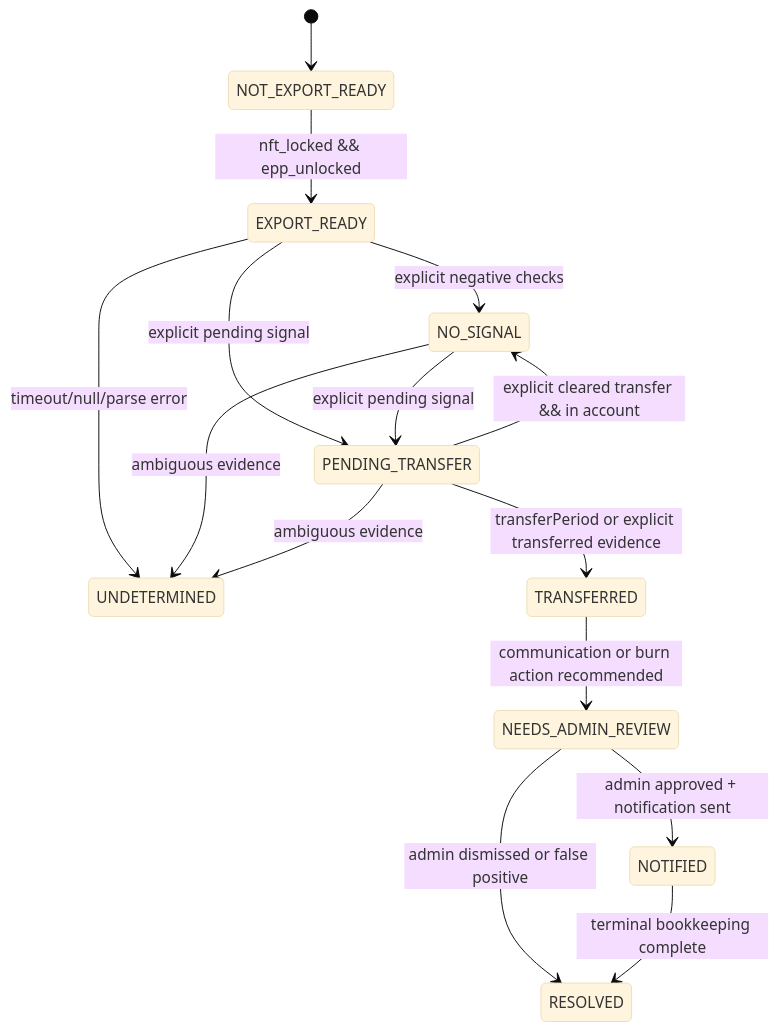
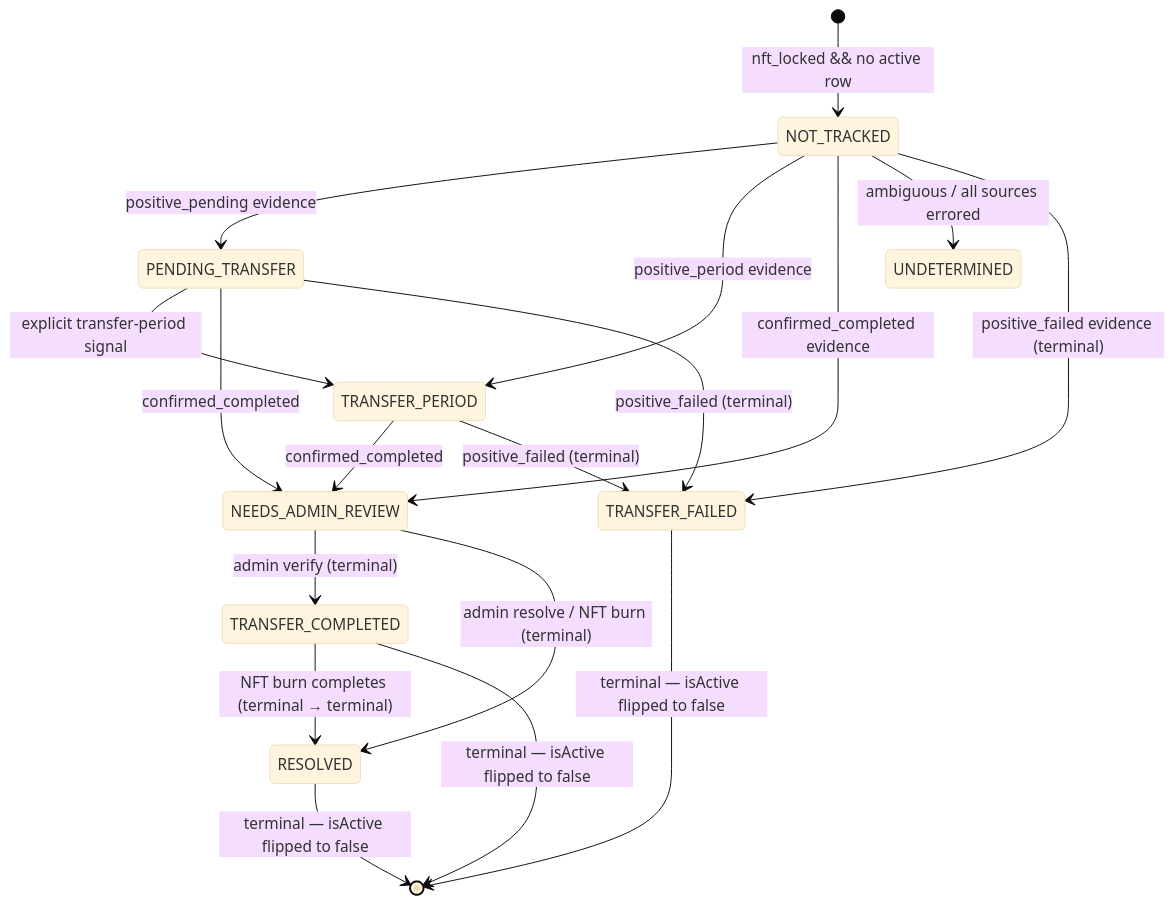
The second of 2 diagrams in docs/export-tracking-architecture.md (d3servelabs/namefi-resources), drawn with Mermaid (base theme) before and after one commit. The commit also changed other lines of this file and 13 other files, not shown here.

````diff
--- a/docs/export-tracking-architecture.md
+++ b/docs/export-tracking-architecture.md
@@ -49,21 +99,24 @@
 ```mermaid
 stateDiagram-v2
-  [*] --> NOT_EXPORT_READY
+  [*] --> NOT_TRACKED: nft_locked && no active row
+  NOT_TRACKED --> PENDING_TRANSFER: positive_pending evidence
+  NOT_TRACKED --> TRANSFER_PERIOD: positive_period evidence
+  NOT_TRACKED --> NEEDS_ADMIN_REVIEW: confirmed_completed evidence
+  NOT_TRACKED --> UNDETERMINED: ambiguous / all sources errored
+  NOT_TRACKED --> TRANSFER_FAILED: positive_failed evidence (terminal)
 
-  NOT_EXPORT_READY --> EXPORT_READY: nft_locked && epp_unlocked
-  EXPORT_READY --> NO_SIGNAL: explicit negative checks
-  EXPORT_READY --> UNDETERMINED: timeout/null/parse error
-  EXPORT_READY --> PENDING_TRANSFER: explicit pending signal
+  PENDING_TRANSFER --> TRANSFER_PERIOD: explicit transfer-period signal
+  PENDING_TRANSFER --> NEEDS_ADMIN_REVIEW: confirmed_completed
+  PENDING_TRANSFER --> TRANSFER_FAILED: positive_failed (terminal)
 
-  NO_SIGNAL --> PENDING_TRANSFER: explicit pending signal
-  NO_SIGNAL --> UNDETERMINED: ambiguous evidence
+  TRANSFER_PERIOD --> NEEDS_ADMIN_REVIEW: confirmed_completed
+  TRANSFER_PERIOD --> TRANSFER_FAILED: positive_failed (terminal)
 
-  PENDING_TRANSFER --> TRANSFERRED: transferPeriod or explicit transferred evidence
-  PENDING_TRANSFER --> NO_SIGNAL: explicit cleared transfer && in account
-  PENDING_TRANSFER --> UNDETERMINED: ambiguous evidence
+  NEEDS_ADMIN_REVIEW --> TRANSFER_COMPLETED: admin verify (terminal)
+  NEEDS_ADMIN_REVIEW --> RESOLVED: admin resolve / NFT burn (terminal)
 
-  TRANSFERRED --> NEEDS_ADMIN_REVIEW: communication or burn action recommended
-  NEEDS_ADMIN_REVIEW --> NOTIFIED: admin approved + notification sent
-  NEEDS_ADMIN_REVIEW --> RESOLVED: admin dismissed or false positive
-  NOTIFIED --> RESOLVED: terminal bookkeeping complete
+  TRANSFER_COMPLETED --> RESOLVED: NFT burn completes (terminal → terminal)
+  TRANSFER_COMPLETED --> [*]: terminal — isActive flipped to false
+  TRANSFER_FAILED --> [*]: terminal — isActive flipped to false
+  RESOLVED --> [*]: terminal — isActive flipped to false
 ```
````
